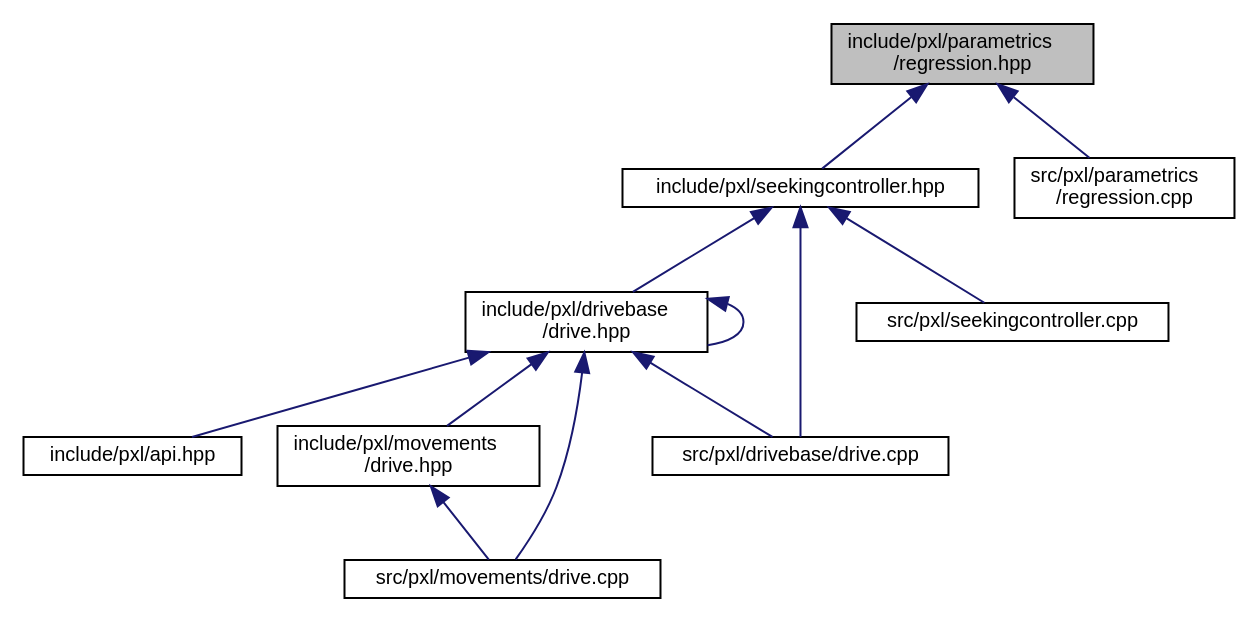
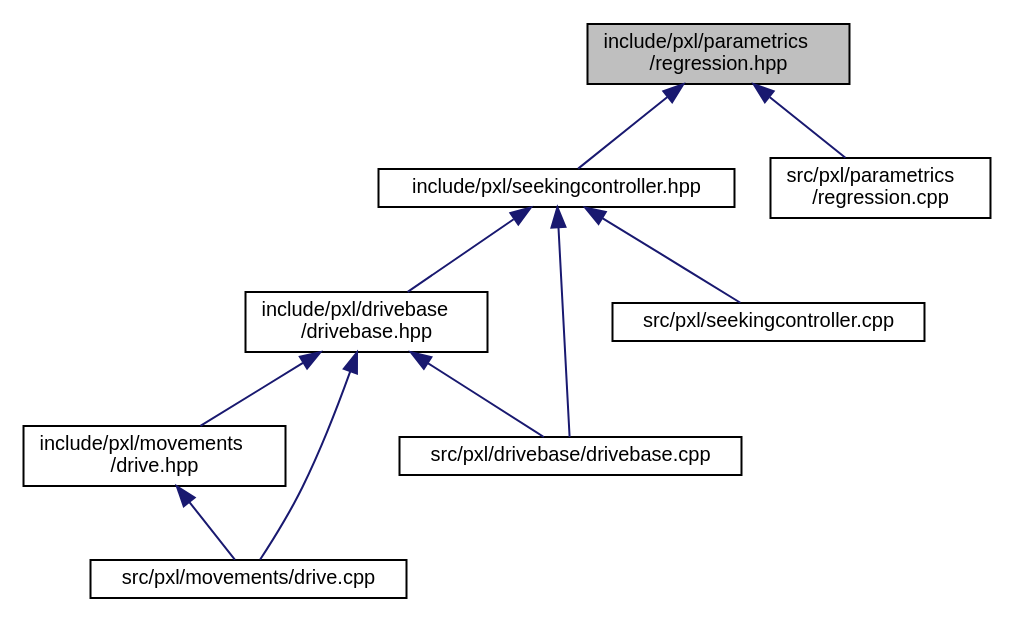
The diagram in regression_8hpp__dep__incl.dot (Pixel-Lib/Pixel), drawn with Graphviz before and after one commit. The commit also changed 130 other files, not shown here.

```diff
--- a/regression_8hpp__dep__incl.dot
+++ b/regression_8hpp__dep__incl.dot
@@ -1,26 +1,23 @@
 digraph "include/pxl/parametrics/regression.hpp"
 {
  // LATEX_PDF_SIZE
   edge [fontname="Helvetica",fontsize="10",labelfontname="Helvetica",labelfontsize="10"];
   node [fontname="Helvetica",fontsize="10",shape=record];
   Node1 [label="include/pxl/parametrics\l/regression.hpp",height=0.2,width=0.4,color="black", fillcolor="grey75", style="filled", fontcolor="black",tooltip=" "];
   Node1 -> Node2 [dir="back",color="midnightblue",fontsize="10",style="solid",fontname="Helvetica"];
   Node2 [label="include/pxl/seekingcontroller.hpp",height=0.2,width=0.4,color="black", fillcolor="white", style="filled",URL="$seekingcontroller_8hpp.html",tooltip=" "];
   Node2 -> Node3 [dir="back",color="midnightblue",fontsize="10",style="solid",fontname="Helvetica"];
-  Node3 [label="include/pxl/drivebase\l/drive.hpp",height=0.2,width=0.4,color="black", fillcolor="white", style="filled",URL="$drivebase_2drive_8hpp.html",tooltip=" "];
+  Node3 [label="include/pxl/drivebase\l/drivebase.hpp",height=0.2,width=0.4,color="black", fillcolor="white", style="filled",URL="$drivebase_8hpp.html",tooltip=" "];
   Node3 -> Node4 [dir="back",color="midnightblue",fontsize="10",style="solid",fontname="Helvetica"];
-  Node4 [label="include/pxl/api.hpp",height=0.2,width=0.4,color="black", fillcolor="white", style="filled",URL="$api_8hpp.html",tooltip=" "];
-  Node3 -> Node3 [dir="back",color="midnightblue",fontsize="10",style="solid",fontname="Helvetica"];
+  Node4 [label="include/pxl/movements\l/drive.hpp",height=0.2,width=0.4,color="black", fillcolor="white", style="filled",URL="$drive_8hpp.html",tooltip=" "];
+  Node4 -> Node5 [dir="back",color="midnightblue",fontsize="10",style="solid",fontname="Helvetica"];
+  Node5 [label="src/pxl/movements/drive.cpp",height=0.2,width=0.4,color="black", fillcolor="white", style="filled",URL="$drive_8cpp.html",tooltip=" "];
+  Node3 -> Node6 [dir="back",color="midnightblue",fontsize="10",style="solid",fontname="Helvetica"];
+  Node6 [label="src/pxl/drivebase/drivebase.cpp",height=0.2,width=0.4,color="black", fillcolor="white", style="filled",URL="$drivebase_8cpp.html",tooltip=" "];
   Node3 -> Node5 [dir="back",color="midnightblue",fontsize="10",style="solid",fontname="Helvetica"];
-  Node5 [label="include/pxl/movements\l/drive.hpp",height=0.2,width=0.4,color="black", fillcolor="white", style="filled",URL="$movements_2drive_8hpp.html",tooltip=" "];
-  Node5 -> Node6 [dir="back",color="midnightblue",fontsize="10",style="solid",fontname="Helvetica"];
-  Node6 [label="src/pxl/movements/drive.cpp",height=0.2,width=0.4,color="black", fillcolor="white", style="filled",URL="$movements_2drive_8cpp.html",tooltip=" "];
-  Node3 -> Node7 [dir="back",color="midnightblue",fontsize="10",style="solid",fontname="Helvetica"];
-  Node7 [label="src/pxl/drivebase/drive.cpp",height=0.2,width=0.4,color="black", fillcolor="white", style="filled",URL="$drivebase_2drive_8cpp.html",tooltip=" "];
-  Node3 -> Node6 [dir="back",color="midnightblue",fontsize="10",style="solid",fontname="Helvetica"];
+  Node2 -> Node6 [dir="back",color="midnightblue",fontsize="10",style="solid",fontname="Helvetica"];
   Node2 -> Node7 [dir="back",color="midnightblue",fontsize="10",style="solid",fontname="Helvetica"];
-  Node2 -> Node8 [dir="back",color="midnightblue",fontsize="10",style="solid",fontname="Helvetica"];
-  Node8 [label="src/pxl/seekingcontroller.cpp",height=0.2,width=0.4,color="black", fillcolor="white", style="filled",URL="$seekingcontroller_8cpp.html",tooltip=" "];
-  Node1 -> Node9 [dir="back",color="midnightblue",fontsize="10",style="solid",fontname="Helvetica"];
-  Node9 [label="src/pxl/parametrics\l/regression.cpp",height=0.2,width=0.4,color="black", fillcolor="white", style="filled",URL="$regression_8cpp.html",tooltip=" "];
+  Node7 [label="src/pxl/seekingcontroller.cpp",height=0.2,width=0.4,color="black", fillcolor="white", style="filled",URL="$seekingcontroller_8cpp.html",tooltip=" "];
+  Node1 -> Node8 [dir="back",color="midnightblue",fontsize="10",style="solid",fontname="Helvetica"];
+  Node8 [label="src/pxl/parametrics\l/regression.cpp",height=0.2,width=0.4,color="black", fillcolor="white", style="filled",URL="$regression_8cpp.html",tooltip=" "];
 }
```
